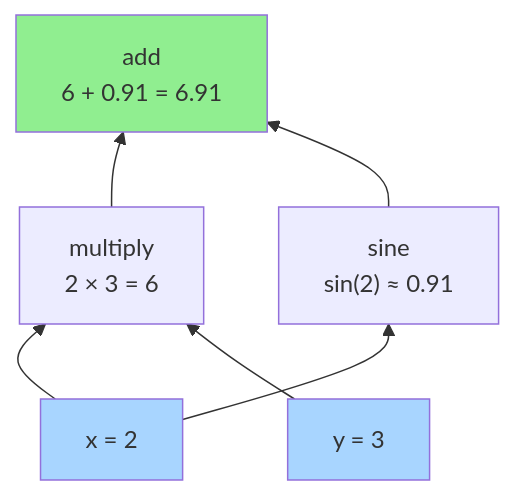
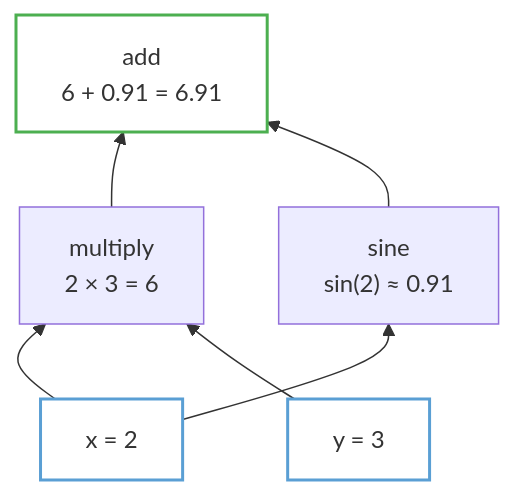
The second of 9 diagrams in _posts/2026-01-03-autodiff-part1-intuition.md (bolu-atx/bolu-atx.github.io), drawn with Mermaid before and after one commit. The commit also changed other lines of this file, not shown here.

Commit message:
Use stroke-only styling for Mermaid diagrams (no fills)

````diff
--- a/_posts/2026-01-03-autodiff-part1-intuition.md
+++ b/_posts/2026-01-03-autodiff-part1-intuition.md
@@ -67,18 +67,18 @@
 ```mermaid
 graph BT
     x["x = 2"]
     y["y = 3"]
     mul["multiply<br/>2 × 3 = 6"]
     sin["sine<br/>sin(2) ≈ 0.91"]
     add["add<br/>6 + 0.91 = 6.91"]
 
     x --> mul
     y --> mul
     x --> sin
     mul --> add
     sin --> add
 
-    style x fill:#a8d5ff
-    style y fill:#a8d5ff
-    style add fill:#90EE90
+    style x fill:none,stroke:#5a9fd4,stroke-width:2px
+    style y fill:none,stroke:#5a9fd4,stroke-width:2px
+    style add fill:none,stroke:#4CAF50,stroke-width:2px
 ```
````
